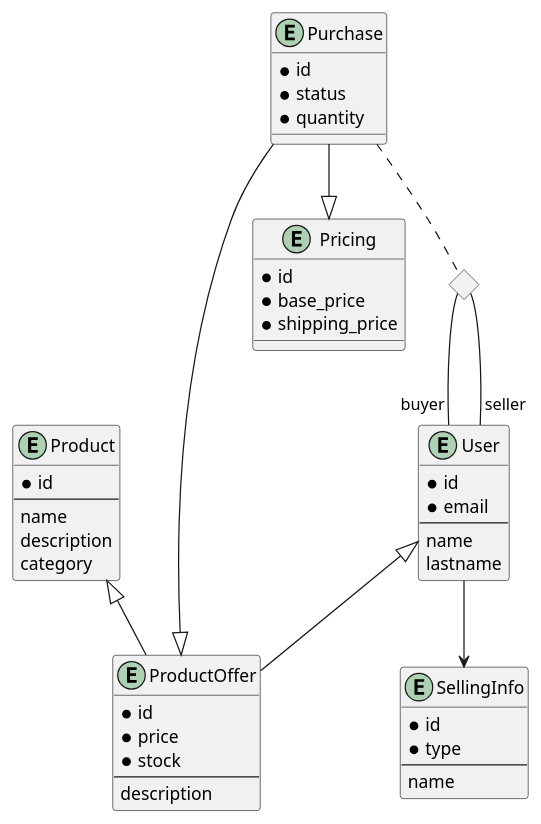
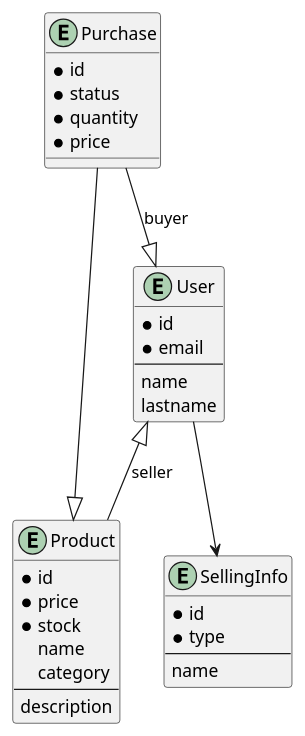
The diagram in docs/diagrams/erd.puml (unq-arq-soft/ArqI), drawn with PlantUML before and after one commit. The commit also changed 2 other files, not shown here.

Commit message:
erd fix. Testing set up.

```diff
--- a/docs/diagrams/erd.puml
+++ b/docs/diagrams/erd.puml
@@ -1,62 +1,45 @@
 @startuml
 'https://plantuml.com/class-diagram
 
 entity Product {
     *id
-    --
-    name
-    description
-    category
-}
-
-entity ProductOffer {
-    *id
     *price
     *stock
+    name
+    category
     --
     description
 }
 
 
 entity User {
     *id
     *email
     --
     name
     lastname
 }
 
 entity SellingInfo {
     *id
     *type
     --
     name
 }
 
 entity Purchase {
     *id
     *status
     *quantity
-}
-
-entity Pricing {
-    *id
-    *base_price
-    *shipping_price
+    *price
 }
 
 User --> SellingInfo
 
-Product <|-- ProductOffer
-User <|-- ProductOffer
+User <|-- Product : seller
 
-Purchase --|> Pricing
-Purchase --|> ProductOffer
+Purchase --|> Product
 
-<> diamond
-Purchase .. diamond
-diamond --"buyer" User
-diamond --"seller" User
-
+Purchase --|> User : buyer
 
 @enduml
```
